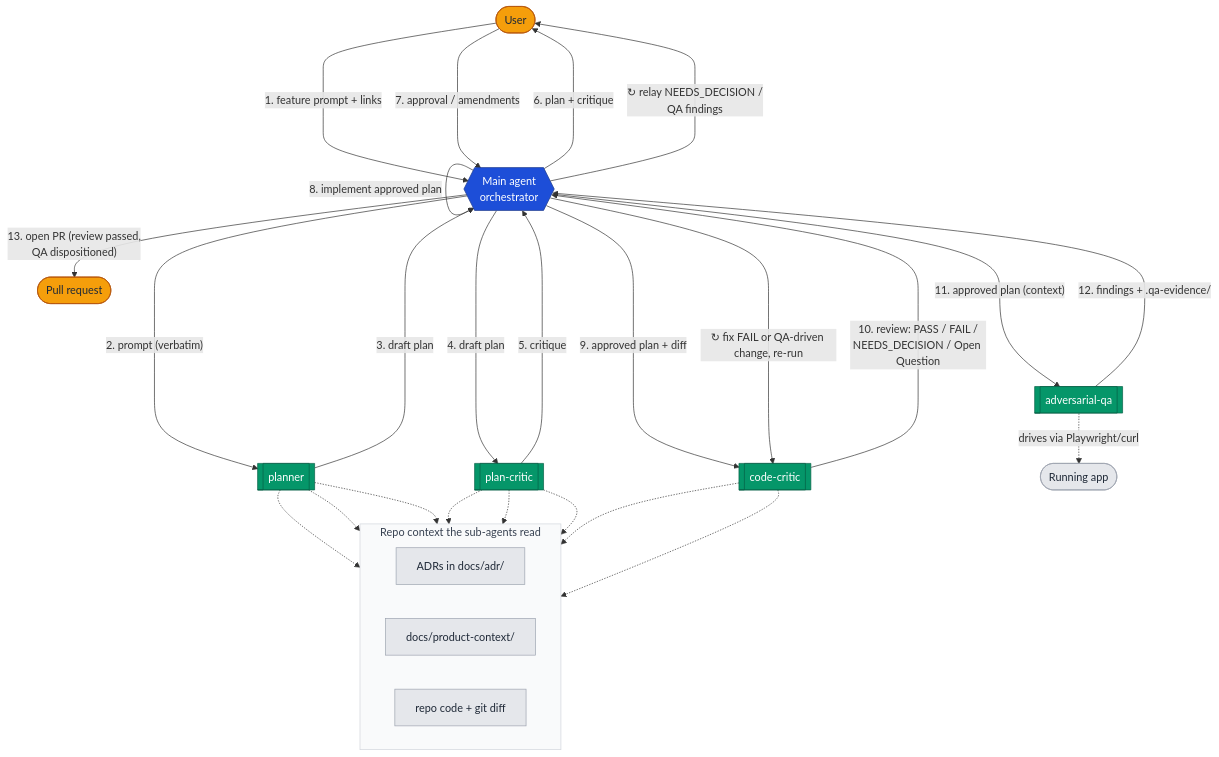
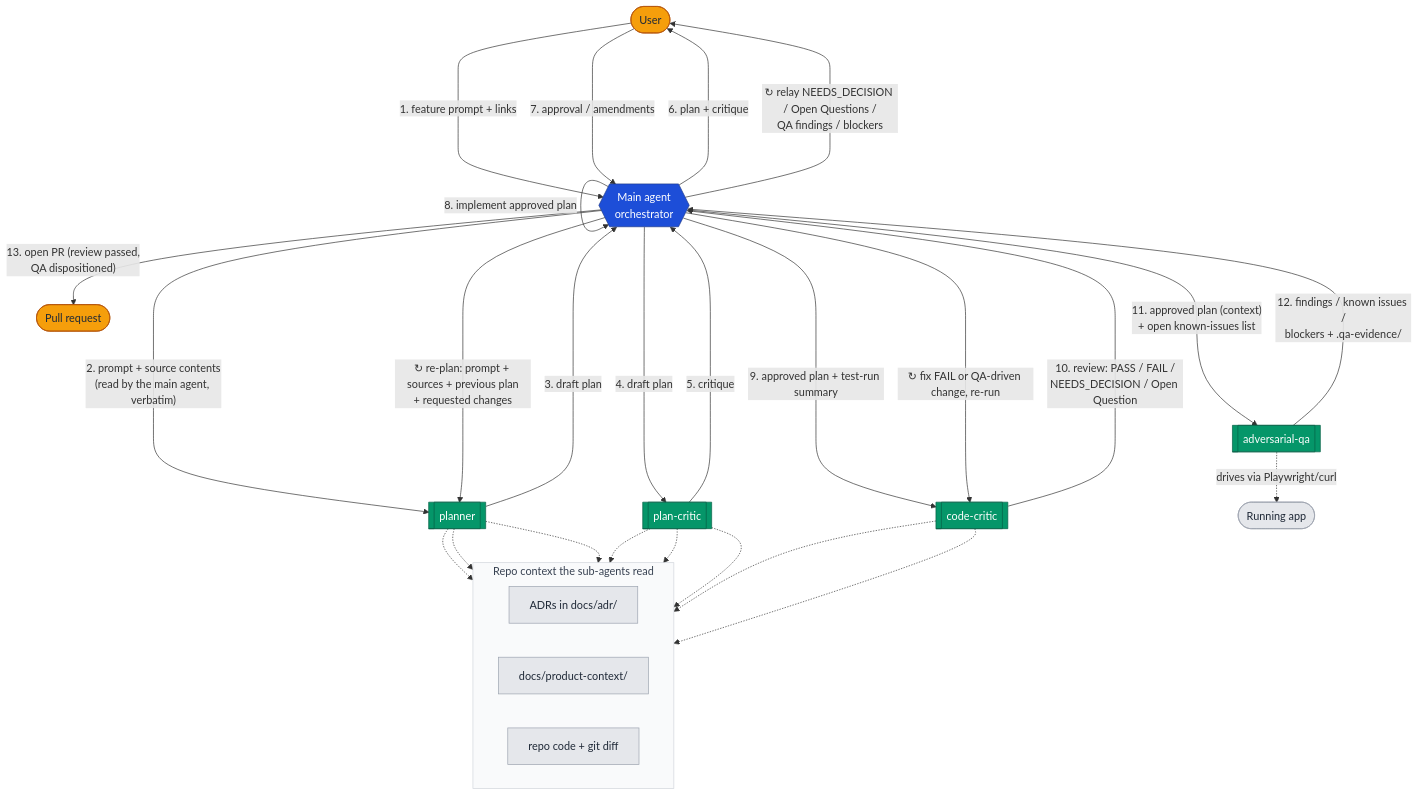
Before and after one commit to cunhaax/ai-workflow: the diagram in docs/AI-workflow.md, drawn with Mermaid. The commit also changed other lines of this file and 20 other files, not shown here.

````diff
--- a/docs/AI-workflow.md
+++ b/docs/AI-workflow.md
@@ -393,59 +408,60 @@
 ```mermaid
 flowchart TB
     User([User])
     PR([Pull request])
 
     subgraph Repo [Repo context the sub-agents read]
         direction LR
         ADR["ADRs in docs/adr/"]
         Docs["docs/product-context/"]
         Code["repo code + git diff"]
     end
 
     Main{{Main agent<br/>orchestrator}}
     Planner[[planner]]
     Critic[[plan-critic]]
     Reviewer[[code-critic]]
     QA[[adversarial-qa]]
     App([Running app])
 
     User -- "1. feature prompt + links" --> Main
 
-    Main -- "2. prompt (verbatim)" --> Planner
+    Main -- "2. prompt + source contents<br/>(read by the main agent, verbatim)" --> Planner
     Planner -- "3. draft plan" ---> Main
+    Main -- "↻ re-plan: prompt + sources + previous plan<br/>+ requested changes" ----> Planner
 
     Main -- "4. draft plan" --> Critic
     Critic -- "5. critique" ---> Main
 
     Main -- "6. plan + critique" ---> User
     User -- "7. approval / amendments" --> Main
 
     Main -- "8. implement approved plan" --> Main
 
-    Main -- "9. approved plan + diff" --> Reviewer
+    Main -- "9. approved plan + test-run summary" --> Reviewer
     Reviewer -- "10. review: PASS / FAIL /<br/>NEEDS_DECISION / Open Question" ---> Main
     Main -- "↻ fix FAIL or QA-driven change, re-run" ----> Reviewer
 
-    Main -- "11. approved plan (context)" --> QA
-    QA -- "12. findings + .qa-evidence/" ---> Main
+    Main -- "11. approved plan (context)<br/>+ open known-issues list" --> QA
+    QA -- "12. findings / known issues /<br/>blockers + .qa-evidence/" ---> Main
 
-    Main -- "↻ relay NEEDS_DECISION /<br/>QA findings" ----> User
+    Main -- "↻ relay NEEDS_DECISION / Open Questions /<br/>QA findings / blockers" ----> User
     Main -- "13. open PR (review passed,<br/>QA dispositioned)" --> PR
 
     Planner -.-> ADR & Docs & Code
     Critic -.-> ADR & Docs & Code
     Reviewer -.-> ADR & Code
     QA -. drives via Playwright/curl .-> App
 
     classDef hub fill:#1d4ed8,stroke:#1e3a8a,color:#ffffff;
     classDef agent fill:#059669,stroke:#065f46,color:#ffffff;
     classDef actor fill:#f59e0b,stroke:#b45309,color:#1f2937;
     classDef ctx fill:#e5e7eb,stroke:#9ca3af,color:#1f2937;
 
     class Main hub;
     class Planner,Critic,Reviewer,QA agent;
     class User,PR actor;
     class ADR,Docs,Code,App ctx;
 
     style Repo fill:#f9fafb,stroke:#d1d5db,color:#374151;
 ```
````
